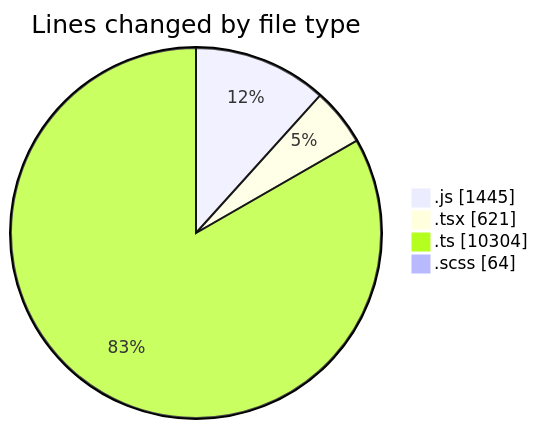
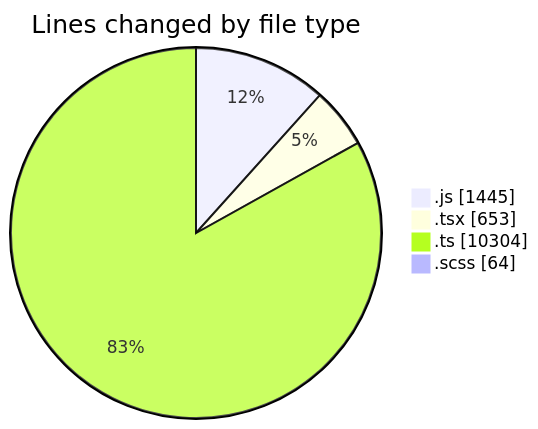
Before and after one commit to momahboobian/code-tracking: the first of 2 diagrams in 2025-03-13/cda/README.md, drawn with Mermaid. The commit also changed other lines of this file and 1 other file, not shown here.

````diff
--- a/2025-03-13/cda/README.md
+++ b/2025-03-13/cda/README.md
@@ -33,8 +33,8 @@
 ```mermaid
 pie showData
 title Lines changed by file type
 ".js" : 1445
-".tsx" : 621
+".tsx" : 653
 ".ts" : 10304
 ".scss" : 64
 ```
````
